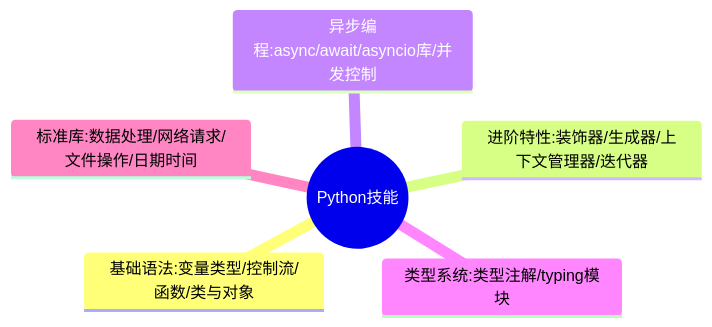
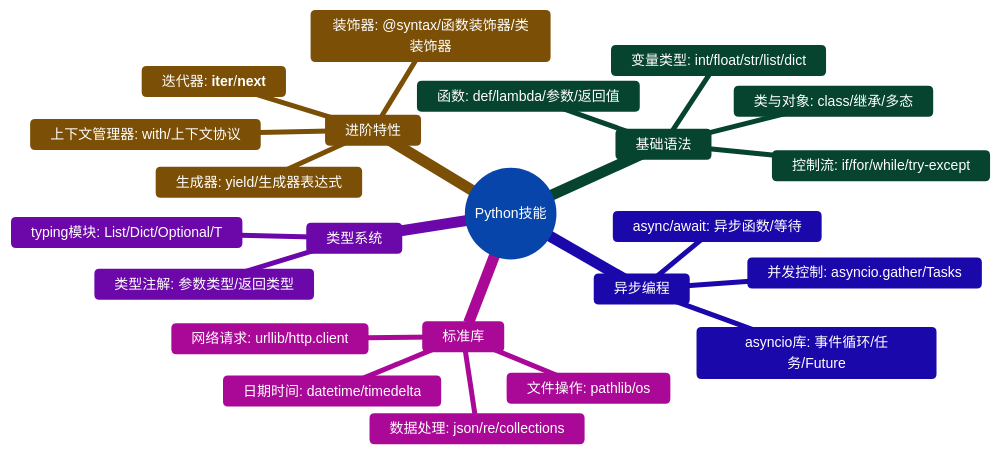
The second of 5 diagrams in ruoyi-fastapi-backend/docs/learning/06-后端知识地图/04-技术能力矩阵.md (hata33/ruoyi-fastapi-full-stack), drawn with Mermaid before and after one commit. The commit also changed other lines of this file and 9 other files, not shown here.

````diff
--- a/ruoyi-fastapi-backend/docs/learning/06-后端知识地图/04-技术能力矩阵.md
+++ b/ruoyi-fastapi-backend/docs/learning/06-后端知识地图/04-技术能力矩阵.md
@@ -105,9 +149,36 @@
 ```mermaid
+%%{init: {'theme': 'base', 'themeVariables': {
+  'primaryColor': '#3B82F6',
+  'primaryTextColor': '#fff',
+  'primaryBorderColor': '#2563EB',
+  'lineColor': '#6B7280',
+  'secondaryColor': '#10B981',
+  'tertiaryColor': '#F59E0B',
+  'background': '#f8fafc',
+  'fontSize': '14px'
+}}}%%
 mindmap
   root((Python技能))
-    基础语法:变量类型/控制流/函数/类与对象
-    进阶特性:装饰器/生成器/上下文管理器/迭代器
-    异步编程:async/await/asyncio库/并发控制
-    类型系统:类型注解/typing模块
-    标准库:数据处理/网络请求/文件操作/日期时间
+    基础语法
+      变量类型: int/float/str/list/dict
+      控制流: if/for/while/try-except
+      函数: def/lambda/参数/返回值
+      类与对象: class/继承/多态
+    进阶特性
+      装饰器: @syntax/函数装饰器/类装饰器
+      生成器: yield/生成器表达式
+      上下文管理器: with/上下文协议
+      迭代器: __iter__/__next__
+    异步编程
+      async/await: 异步函数/等待
+      asyncio库: 事件循环/任务/Future
+      并发控制: asyncio.gather/Tasks
+    类型系统
+      类型注解: 参数类型/返回类型
+      typing模块: List/Dict/Optional/T
+    标准库
+      数据处理: json/re/collections
+      网络请求: urllib/http.client
+      文件操作: pathlib/os
+      日期时间: datetime/timedelta
 ```
````
